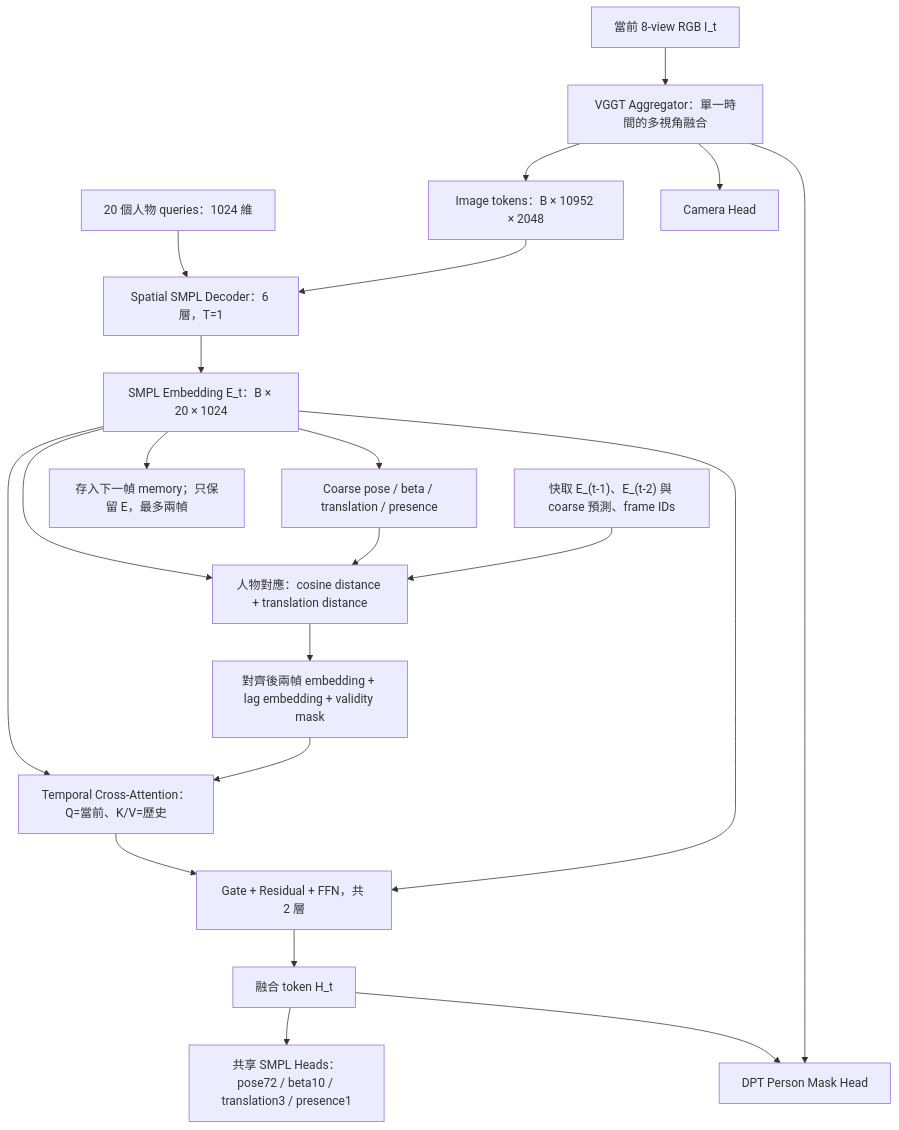
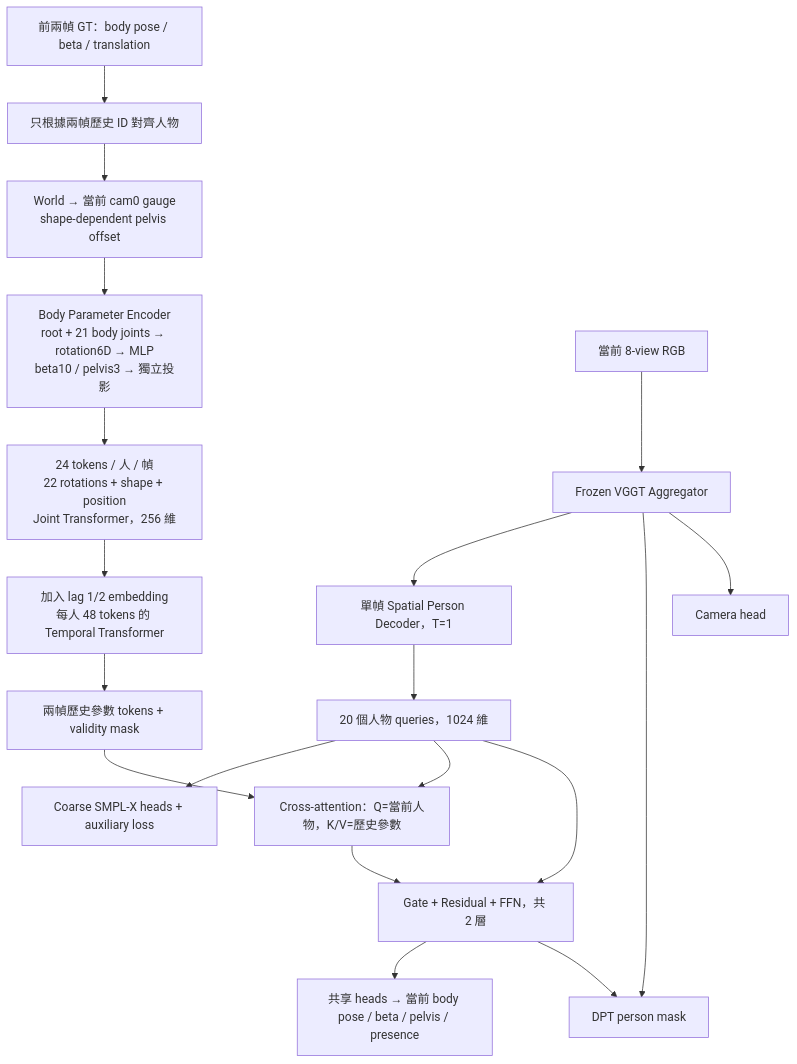
One commit to kldst/M_embed_SPL_ changed the diagram in docs/smpl_embedding_memory.md. Above: the diagram before and after it, drawn with Mermaid. The commit also changed other lines of this file and 15 other files, not shown here.

````diff
--- a/docs/smpl_embedding_memory.md
+++ b/docs/smpl_embedding_memory.md
@@ -10,23 +8,21 @@
 ```mermaid
 flowchart TD
-    I["當前 8-view RGB I_t"] --> A["VGGT Aggregator：單一時間的多視角融合"]
-    A --> F["Image tokens：B × 10952 × 2048"]
-    Q["20 個人物 queries：1024 維"] --> S
-    F --> S["Spatial SMPL Decoder：6 層，T=1"]
-    S --> E["SMPL Embedding E_t：B × 20 × 1024"]
-    E --> C["Coarse pose / beta / translation / presence"]
-    E --> M["人物對應：cosine distance + translation distance"]
-    C --> M
-    H["快取 E_(t-1)、E_(t-2) 與 coarse 預測、frame IDs"] --> M
-    M --> K["對齊後兩幀 embedding + lag embedding + validity mask"]
-    E --> T["Temporal Cross-Attention：Q=當前、K/V=歷史"]
-    K --> T
-    T --> G["Gate + Residual + FFN，共 2 層"]
-    E --> G
-    G --> R["融合 token H_t"]
-    R --> O["共享 SMPL Heads：pose72 / beta10 / translation3 / presence1"]
-    R --> D["DPT Person Mask Head"]
-    A --> D
-    A --> CAM["Camera Head"]
-    E --> NEXT["存入下一幀 memory；只保留 E，最多兩幀"]
+    GT["前兩幀 GT：body pose / beta / translation"] --> ALIGN["只根據兩幀歷史 ID 對齊人物"]
+    ALIGN --> GAUGE["World → 當前 cam0 gauge<br/>shape-dependent pelvis offset"]
+    GAUGE --> ENC["Body Parameter Encoder<br/>root + 21 body joints → rotation6D → MLP<br/>beta10 / pelvis3 → 獨立投影"]
+    ENC --> JOINT["24 tokens / 人 / 幀<br/>22 rotations + shape + position<br/>Joint Transformer，256 維"]
+    JOINT --> TIME["加入 lag 1/2 embedding<br/>每人 48 tokens 的 Temporal Transformer"]
+    TIME --> MEMORY["兩幀歷史參數 tokens + validity mask"]
+    IMG["當前 8-view RGB"] --> VGGT["Frozen VGGT Aggregator"]
+    VGGT --> SP["單幀 Spatial Person Decoder，T=1"]
+    SP --> Q["20 個人物 queries，1024 維"]
+    Q --> AUX["Coarse SMPL-X heads + auxiliary loss"]
+    Q --> CA["Cross-attention：Q=當前人物，K/V=歷史參數"]
+    MEMORY --> CA
+    CA --> G["Gate + Residual + FFN，共 2 層"]
+    Q --> G
+    G --> FINAL["共享 heads → 當前 body pose / beta / pelvis / presence"]
+    G --> MASK["DPT person mask"]
+    VGGT --> MASK
+    VGGT --> CAM["Camera head"]
 ```
````
